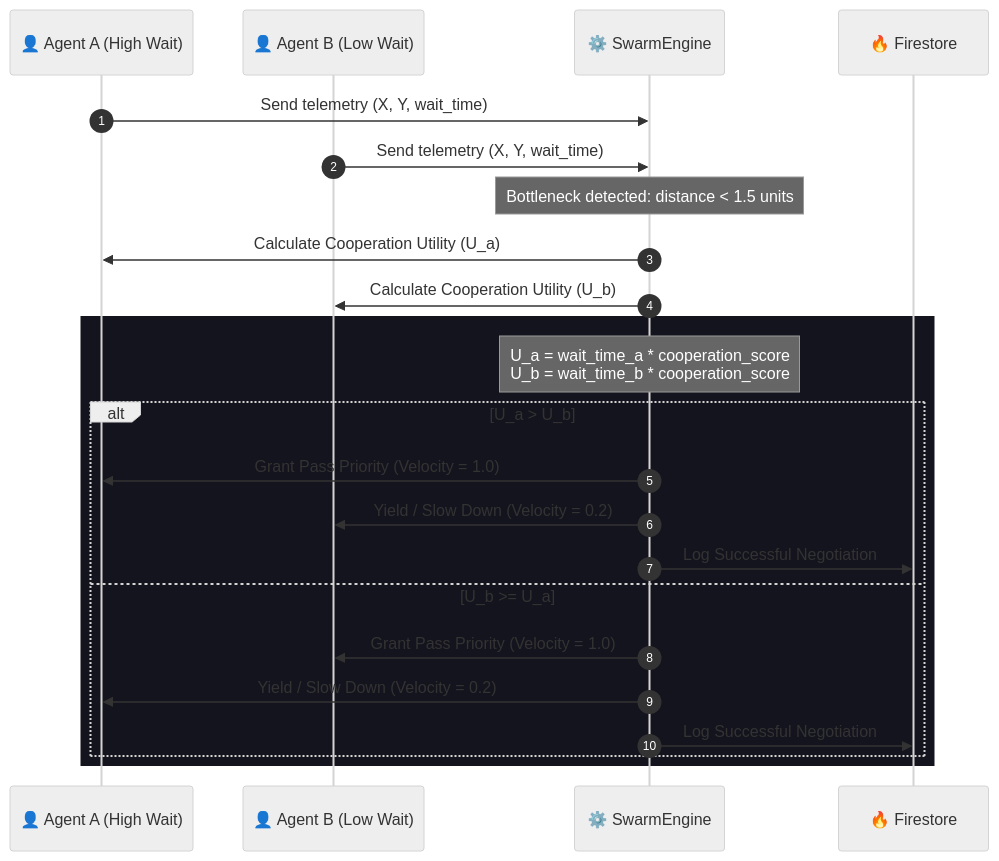
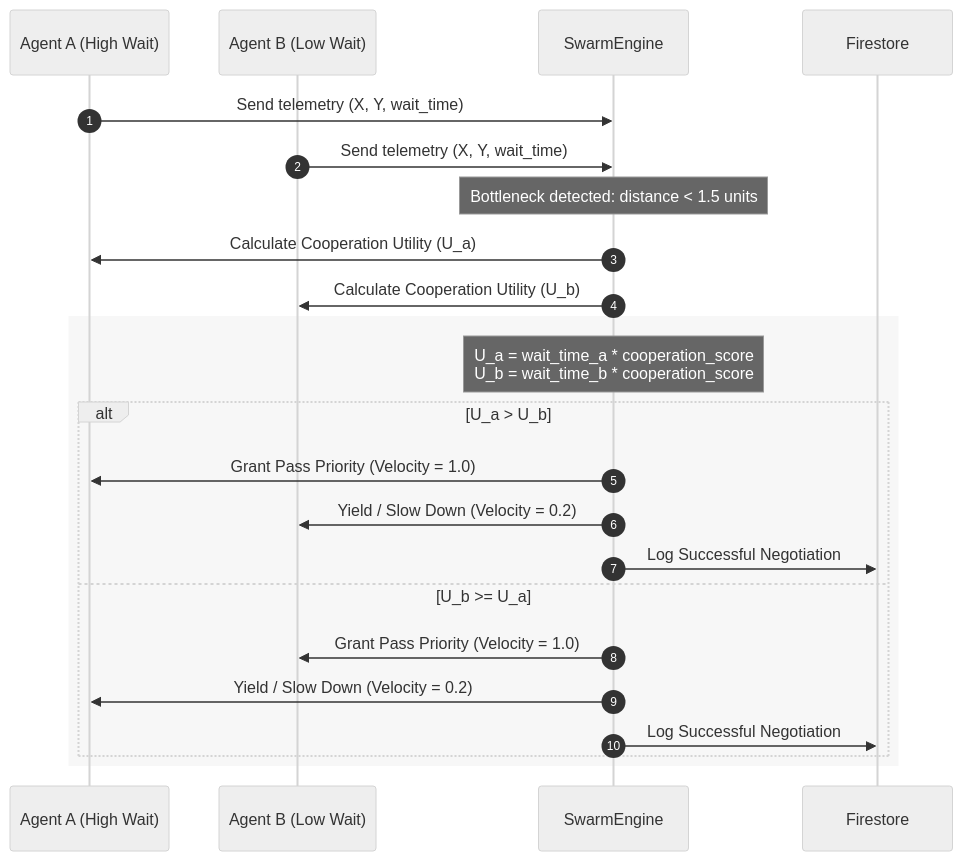
Before and after one commit to Varshith10121901/Stadium-Controler: the second of 3 diagrams in README.md, drawn with Mermaid (neutral theme). The commit also changed other lines of this file, not shown here.

Commit message:
docs: remove all emojis and styling fills from README diagrams

````diff
--- a/README.md
+++ b/README.md
@@ -60,27 +54,27 @@
 ```mermaid
 sequenceDiagram
     autonumber
-    participant AgentA as 👤 Agent A (High Wait)
-    participant AgentB as 👤 Agent B (Low Wait)
-    participant Engine as ⚙️ SwarmEngine
-    participant DB as 🔥 Firestore
+    participant AgentA as Agent A (High Wait)
+    participant AgentB as Agent B (Low Wait)
+    participant Engine as SwarmEngine
+    participant DB as Firestore
 
     AgentA->>Engine: Send telemetry (X, Y, wait_time)
     AgentB->>Engine: Send telemetry (X, Y, wait_time)
     Note over Engine: Bottleneck detected: distance < 1.5 units
     Engine->>AgentA: Calculate Cooperation Utility (U_a)
     Engine->>AgentB: Calculate Cooperation Utility (U_b)
     
-    rect rgb(20, 20, 30)
+    rect rgba(100, 100, 100, 0.05)
         Note over Engine: U_a = wait_time_a * cooperation_score<br/>U_b = wait_time_b * cooperation_score
         alt U_a > U_b
             Engine->>AgentA: Grant Pass Priority (Velocity = 1.0)
             Engine->>AgentB: Yield / Slow Down (Velocity = 0.2)
             Engine->>DB: Log Successful Negotiation
         else U_b >= U_a
             Engine->>AgentB: Grant Pass Priority (Velocity = 1.0)
             Engine->>AgentA: Yield / Slow Down (Velocity = 0.2)
             Engine->>DB: Log Successful Negotiation
         end
     end
 ```
````
